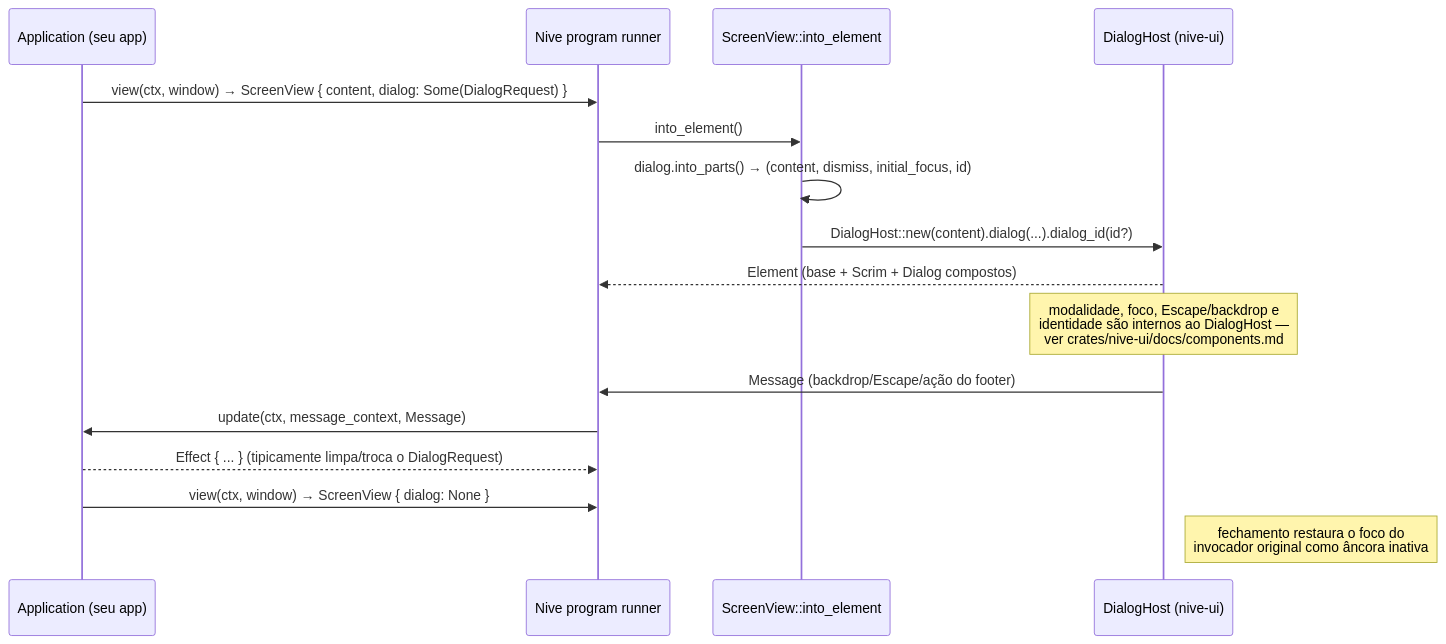
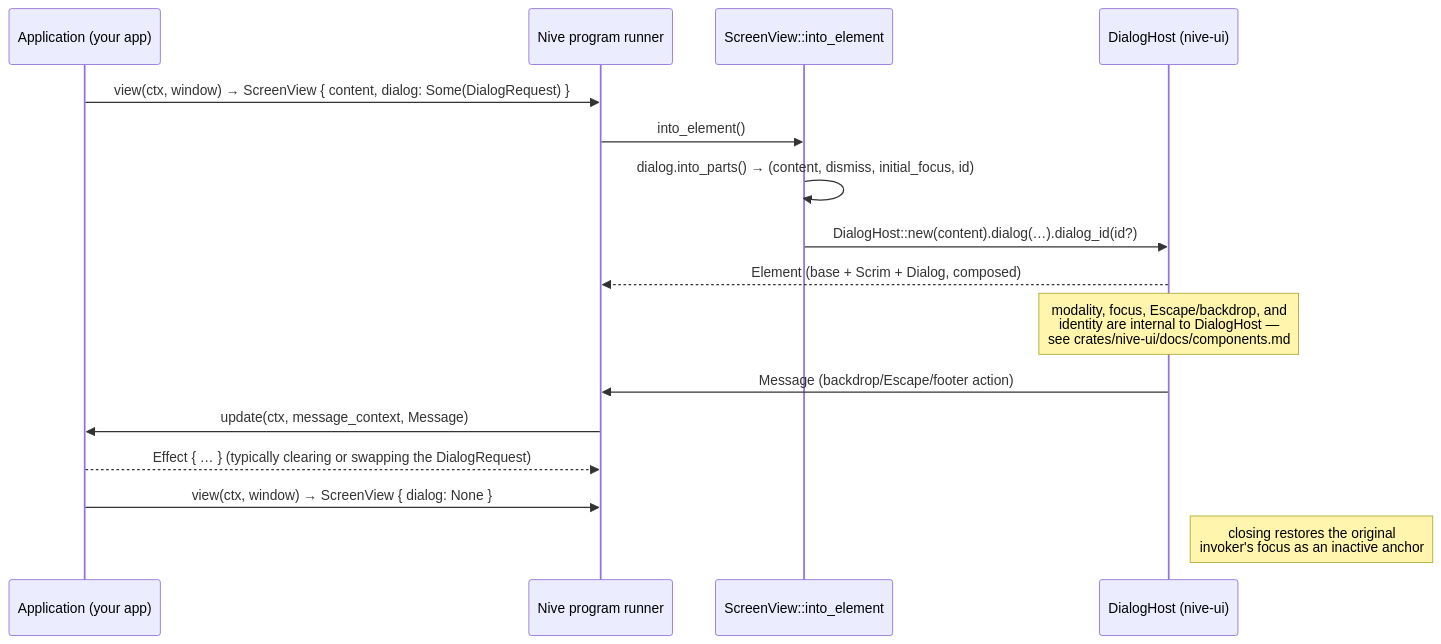
One commit to JirlanSouza/nive changed the eighth of 8 diagrams in docs/architecture/runtime-flows.md. Above: the diagram before and after it, drawn with Mermaid. The commit also changed other lines of this file and 15 other files, not shown here.

````diff
--- a/docs/architecture/runtime-flows.md
+++ b/docs/architecture/runtime-flows.md
@@ -215,19 +223,19 @@
 ```mermaid
 sequenceDiagram
-    participant App as Application (seu app)
+    participant App as Application (your app)
     participant Runner as Nive program runner
     participant SV as ScreenView::into_element
     participant Host as DialogHost (nive-ui)
 
     App->>Runner: view(ctx, window) → ScreenView { content, dialog: Some(DialogRequest) }
     Runner->>SV: into_element()
     SV->>SV: dialog.into_parts() → (content, dismiss, initial_focus, id)
-    SV->>Host: DialogHost::new(content).dialog(...).dialog_id(id?)
-    Host-->>Runner: Element (base + Scrim + Dialog compostos)
-    Note over Host: modalidade, foco, Escape/backdrop e<br/>identidade são internos ao DialogHost —<br/>ver crates/nive-ui/docs/components.md
-    Host->>Runner: Message (backdrop/Escape/ação do footer)
+    SV->>Host: DialogHost::new(content).dialog(…).dialog_id(id?)
+    Host-->>Runner: Element (base + Scrim + Dialog, composed)
+    Note over Host: modality, focus, Escape/backdrop, and<br/>identity are internal to DialogHost —<br/>see crates/nive-ui/docs/components.md
+    Host->>Runner: Message (backdrop/Escape/footer action)
     Runner->>App: update(ctx, message_context, Message)
-    App-->>Runner: Effect { ... } (tipicamente limpa/troca o DialogRequest)
+    App-->>Runner: Effect { … } (typically clearing or swapping the DialogRequest)
     App->>Runner: view(ctx, window) → ScreenView { dialog: None }
-    Note right of Host: fechamento restaura o foco do<br/>invocador original como âncora inativa
+    Note right of Host: closing restores the original<br/>invoker's focus as an inactive anchor
 ```
````
